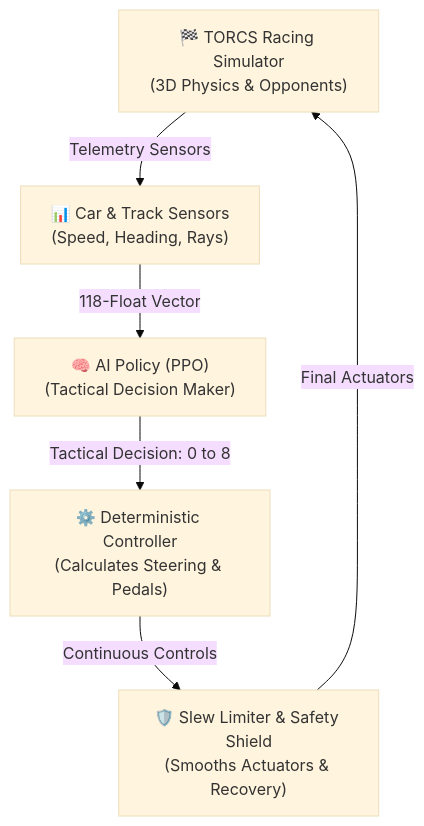
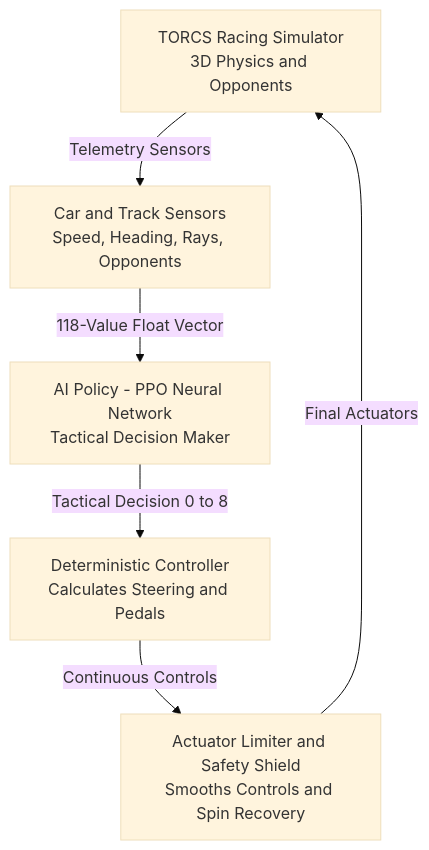
The diagram in README.md (AnasBabari/torcs-ai), drawn with Mermaid (base theme) before and after one commit.

Commit message:
docs: simplify Mermaid diagram to standard graph TD for robust GitHub rendering

````diff
--- a/README.md
+++ b/README.md
@@ -19,8 +19,8 @@
 ```mermaid
-flowchart TD
-    TORCS["🏁 TORCS Racing Simulator<br/>(3D Physics & Opponents)"] -->|"Telemetry Sensors"| SENSORS["📊 Car & Track Sensors<br/>(Speed, Heading, Rays)"]
-    SENSORS -->|"118-Float Vector"| PPO["🧠 AI Policy (PPO)<br/>(Tactical Decision Maker)"]
-    PPO -->|"Tactical Decision: 0 to 8"| CONTROLLER["⚙️ Deterministic Controller<br/>(Calculates Steering & Pedals)"]
-    CONTROLLER -->|"Continuous Controls"| SLEW["🛡️ Slew Limiter & Safety Shield<br/>(Smooths Actuators & Recovery)"]
-    SLEW -->|"Final Actuators"| TORCS
+graph TD
+    A[TORCS Racing Simulator<br/>3D Physics and Opponents] -->|Telemetry Sensors| B[Car and Track Sensors<br/>Speed, Heading, Rays, Opponents]
+    B -->|118-Value Float Vector| C[AI Policy - PPO Neural Network<br/>Tactical Decision Maker]
+    C -->|Tactical Decision 0 to 8| D[Deterministic Controller<br/>Calculates Steering and Pedals]
+    D -->|Continuous Controls| E[Actuator Limiter and Safety Shield<br/>Smooths Controls and Spin Recovery]
+    E -->|Final Actuators| A
 ```
````
